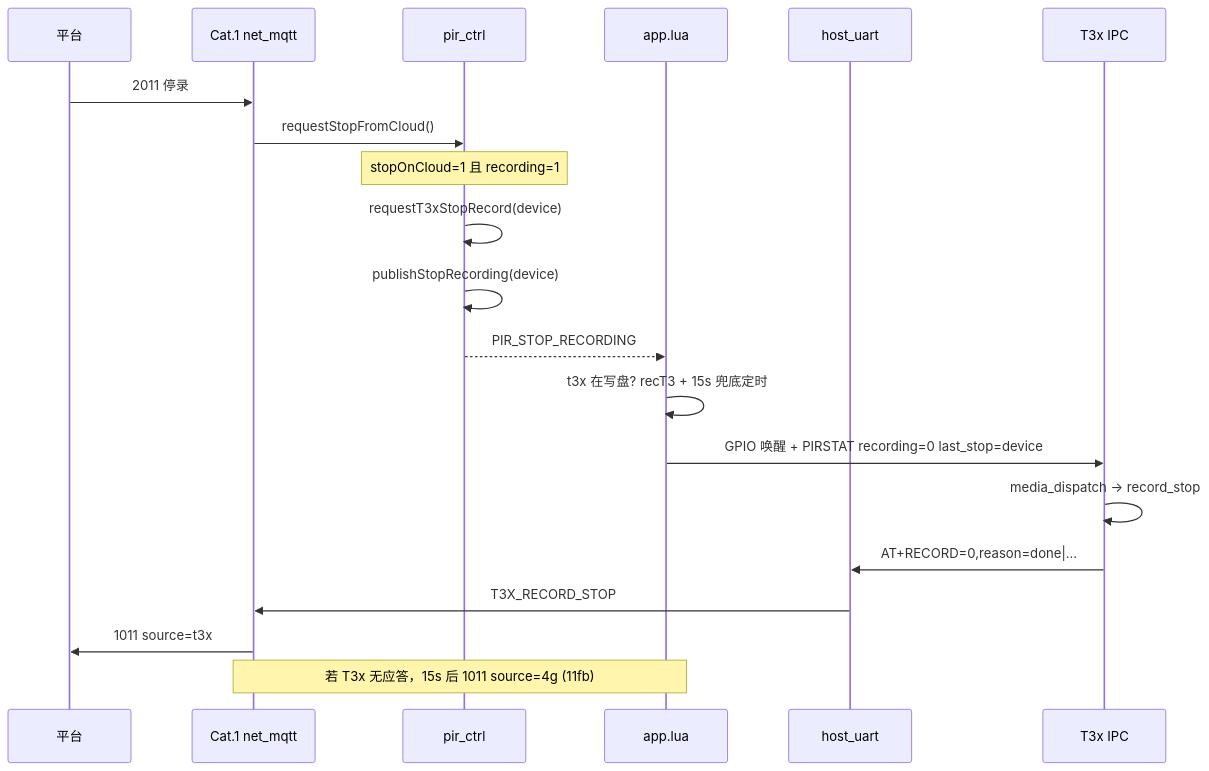
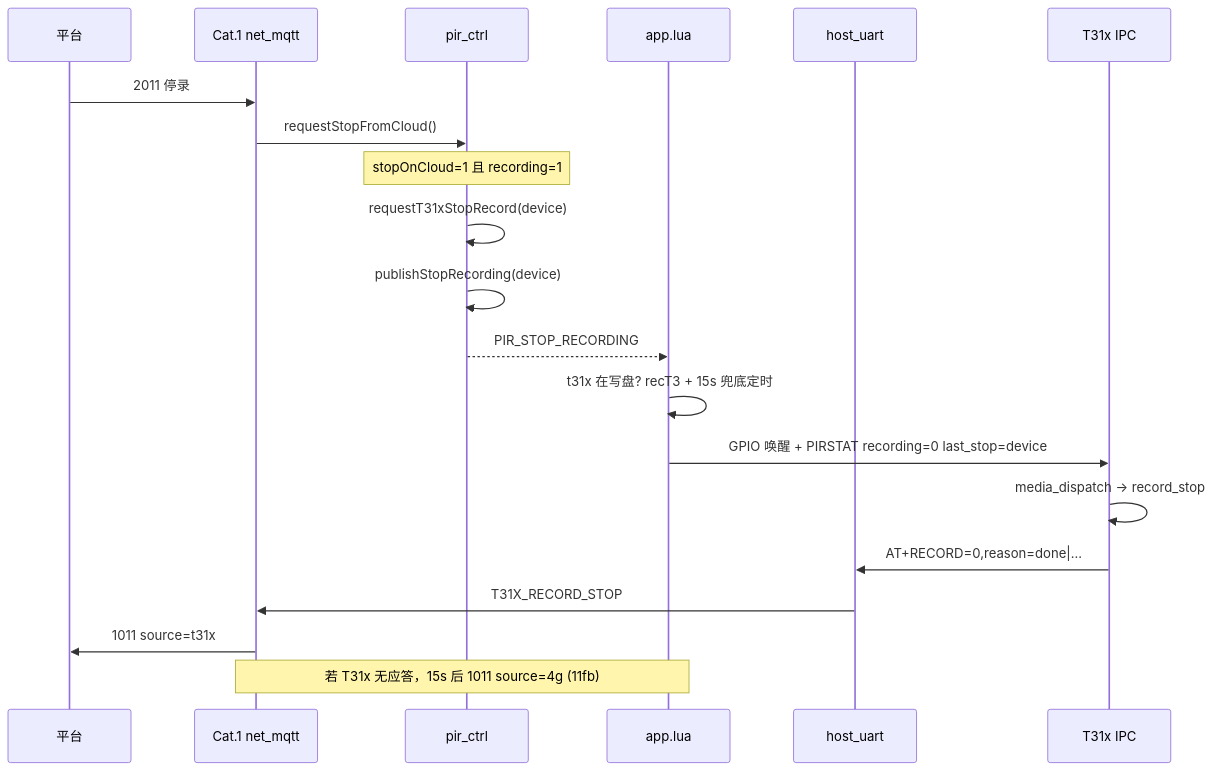
One commit to dzr1986/AIR780EHM changed the diagram in doc/mqtt_2011_1011_flow.md. Above: the diagram before and after it, drawn with Mermaid. The commit also changed other lines of this file and 402 other files, not shown here.

````diff
--- a/doc/mqtt_2011_1011_flow.md
+++ b/doc/mqtt_2011_1011_flow.md
@@ -25,23 +25,23 @@
 ```mermaid
 sequenceDiagram
     participant P as 平台
     participant C as Cat.1 net_mqtt
     participant PR as pir_ctrl
     participant A as app.lua
     participant U as host_uart
-    participant T as T3x IPC
+    participant T as T31x IPC
 
     P->>C: 2011 停录
     C->>PR: requestStopFromCloud()
     Note over PR: stopOnCloud=1 且 recording=1
-    PR->>PR: requestT3xStopRecord(device)
+    PR->>PR: requestT31xStopRecord(device)
     PR->>PR: publishStopRecording(device)
     PR-->>A: PIR_STOP_RECORDING
-  A->>A: t3x 在写盘? recT3 + 15s 兜底定时
+  A->>A: t31x 在写盘? recT3 + 15s 兜底定时
     A->>T: GPIO 唤醒 + PIRSTAT recording=0 last_stop=device
     T->>T: media_dispatch → record_stop
     T->>U: AT+RECORD=0,reason=done|...
-    U->>C: T3X_RECORD_STOP
-    C->>P: 1011 source=t3x
-    Note over A,C: 若 T3x 无应答，15s 后 1011 source=4g (11fb)
+    U->>C: T31X_RECORD_STOP
+    C->>P: 1011 source=t31x
+    Note over A,C: 若 T31x 无应答，15s 后 1011 source=4g (11fb)
 ```
````
